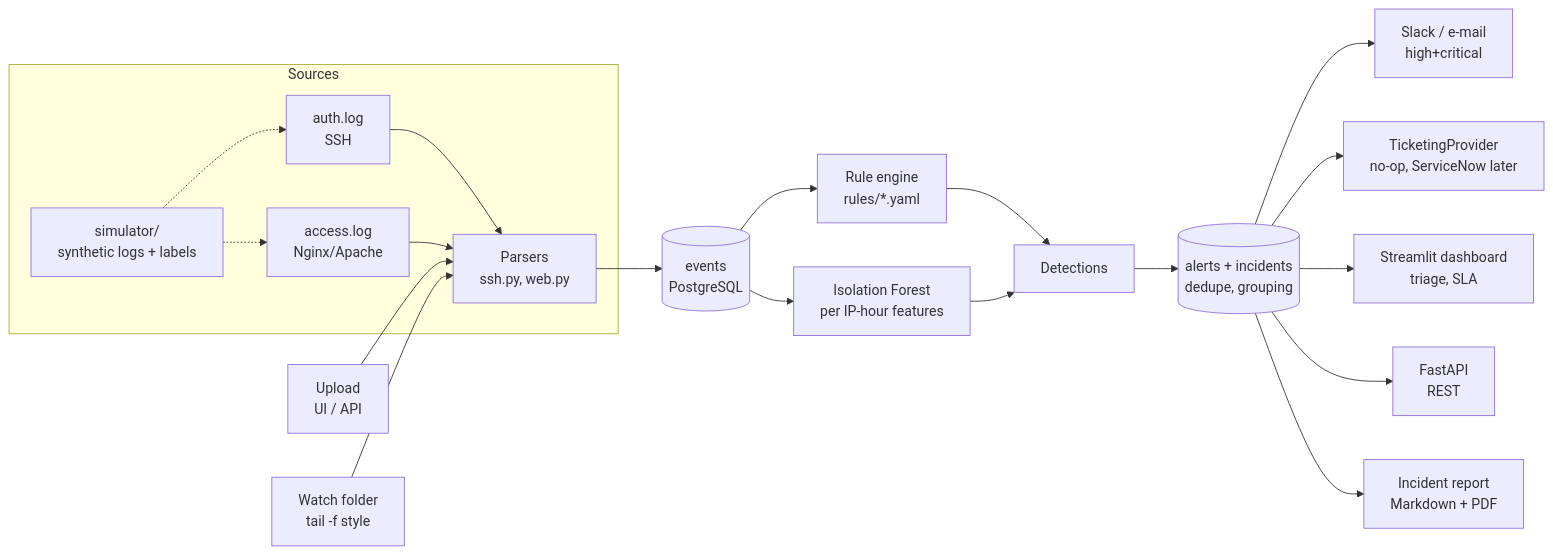
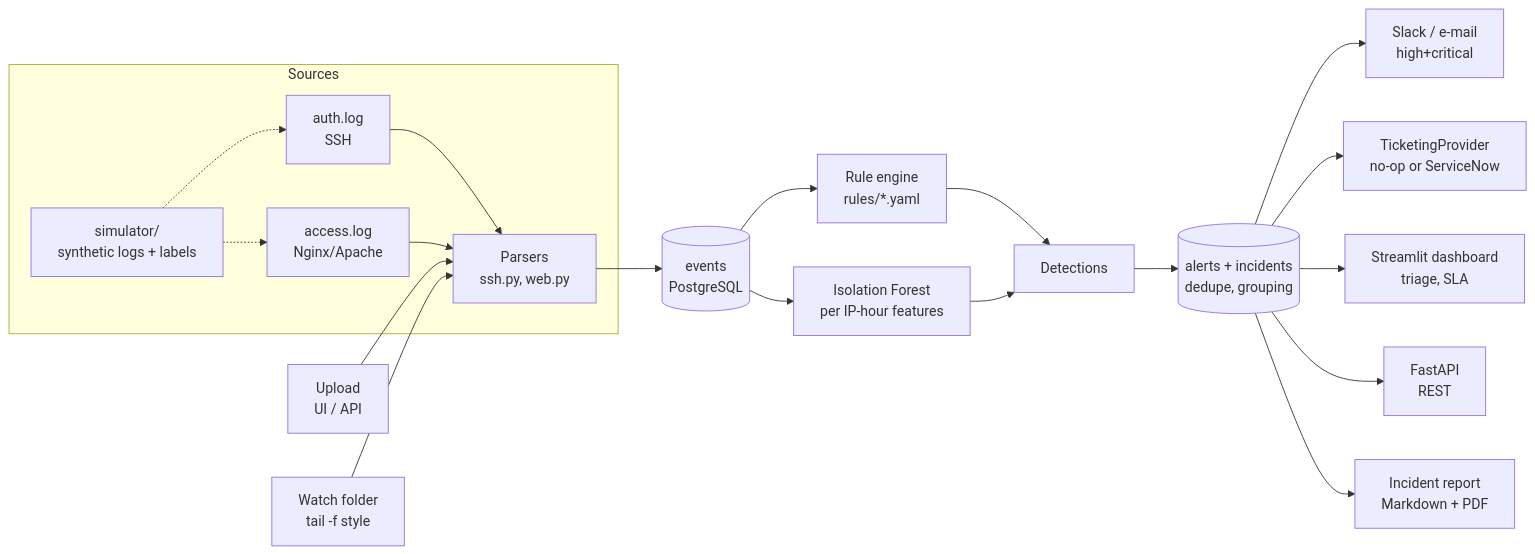
The diagram in docs/DESIGN.md (VydyaP/logsentinel), drawn with Mermaid before and after one commit. The commit also changed other lines of this file and 3 other files, not shown here.

Commit message:
Document the ServiceNow integration: README section, mapping tables, runbook

````diff
--- a/docs/DESIGN.md
+++ b/docs/DESIGN.md
@@ -24,20 +24,20 @@
 ```mermaid
 flowchart LR
     subgraph Sources
         A[auth.log<br/>SSH] --> P
         W[access.log<br/>Nginx/Apache] --> P
         S[simulator/<br/>synthetic logs + labels] -.-> A & W
     end
     P[Parsers<br/>ssh.py, web.py] --> E[(events<br/>PostgreSQL)]
     U[Upload<br/>UI / API] --> P
     F[Watch folder<br/>tail -f style] --> P
     E --> R[Rule engine<br/>rules/*.yaml]
     E --> M[Isolation Forest<br/>per IP-hour features]
     R & M --> D[Detections]
     D --> AL[(alerts + incidents<br/>dedupe, grouping)]
     AL --> N[Slack / e-mail<br/>high+critical]
-    AL --> T[TicketingProvider<br/>no-op, ServiceNow later]
+    AL --> T[TicketingProvider<br/>no-op or ServiceNow]
     AL --> UI[Streamlit dashboard<br/>triage, SLA]
     AL --> API[FastAPI<br/>REST]
     AL --> REP[Incident report<br/>Markdown + PDF]
 ```
````
